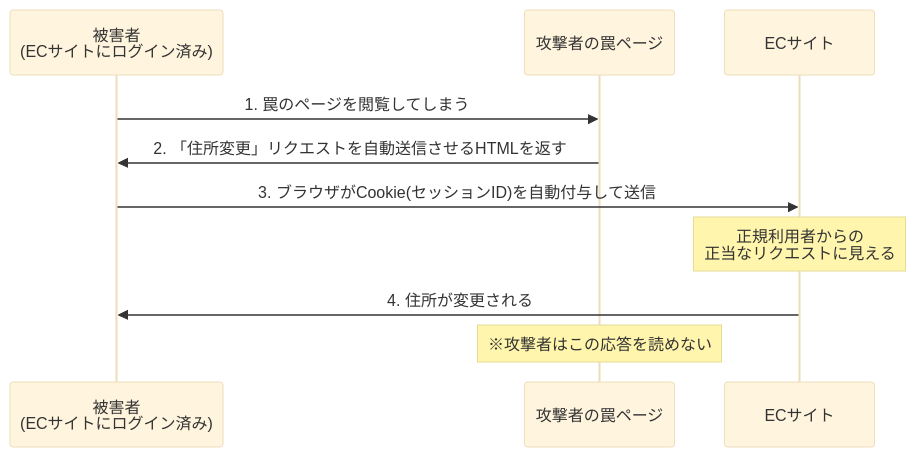
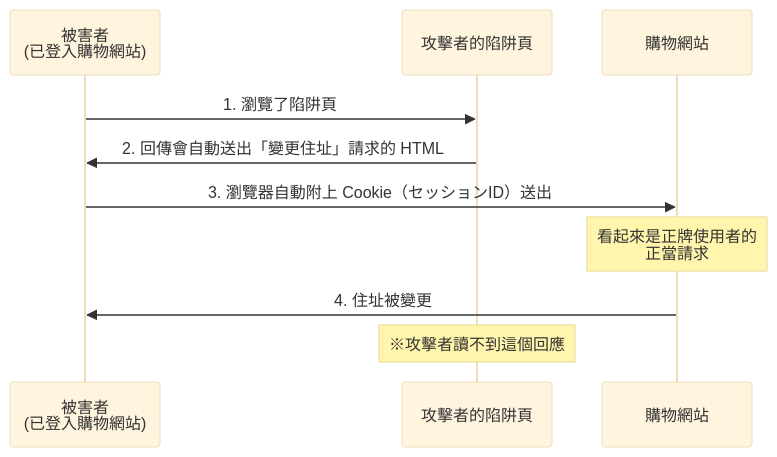
One commit to hakudevtw/cert_jp_sg changed the second of 2 diagrams in sg-vocab/ch1-サイバー攻撃手法/1-8-スクリプト攻撃.md. Above: the diagram before and after it, drawn with Mermaid (base theme). The commit also changed other lines of this file and 29 other files, not shown here.

````diff
--- a/sg-vocab/ch1-サイバー攻撃手法/1-8-スクリプト攻撃.md
+++ b/sg-vocab/ch1-サイバー攻撃手法/1-8-スクリプト攻撃.md
@@ -77,12 +198,12 @@
 ```mermaid
 sequenceDiagram
-    participant V as 被害者<br/>(ECサイトにログイン済み)
-    participant A as 攻撃者の罠ページ
-    participant S as ECサイト
-    V->>A: 1. 罠のページを閲覧してしまう
-    A->>V: 2. 「住所変更」リクエストを自動送信させるHTMLを返す
-    V->>S: 3. ブラウザがCookie(セッションID)を自動付与して送信
-    Note over S: 正規利用者からの<br/>正当なリクエストに見える
-    S->>V: 4. 住所が変更される
-    Note over A: ※攻撃者はこの応答を読めない
+    participant V as 被害者<br/>(已登入購物網站)
+    participant A as 攻擊者的陷阱頁
+    participant S as 購物網站
+    V->>A: 1. 瀏覽了陷阱頁
+    A->>V: 2. 回傳會自動送出「變更住址」請求的 HTML
+    V->>S: 3. 瀏覽器自動附上 Cookie（セッションID）送出
+    Note over S: 看起來是正牌使用者的<br/>正當請求
+    S->>V: 4. 住址被變更
+    Note over A: ※攻擊者讀不到這個回應
 ```
````
